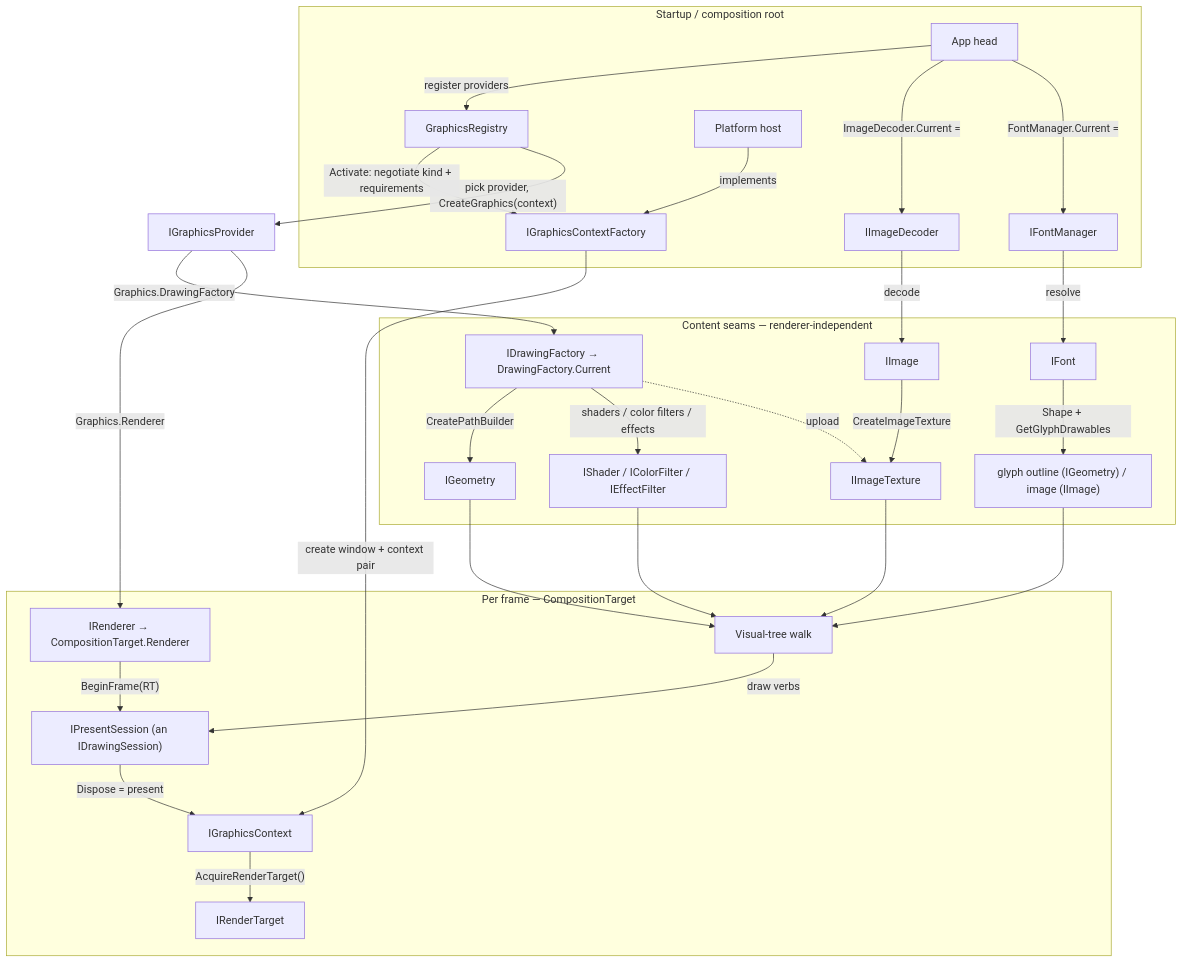
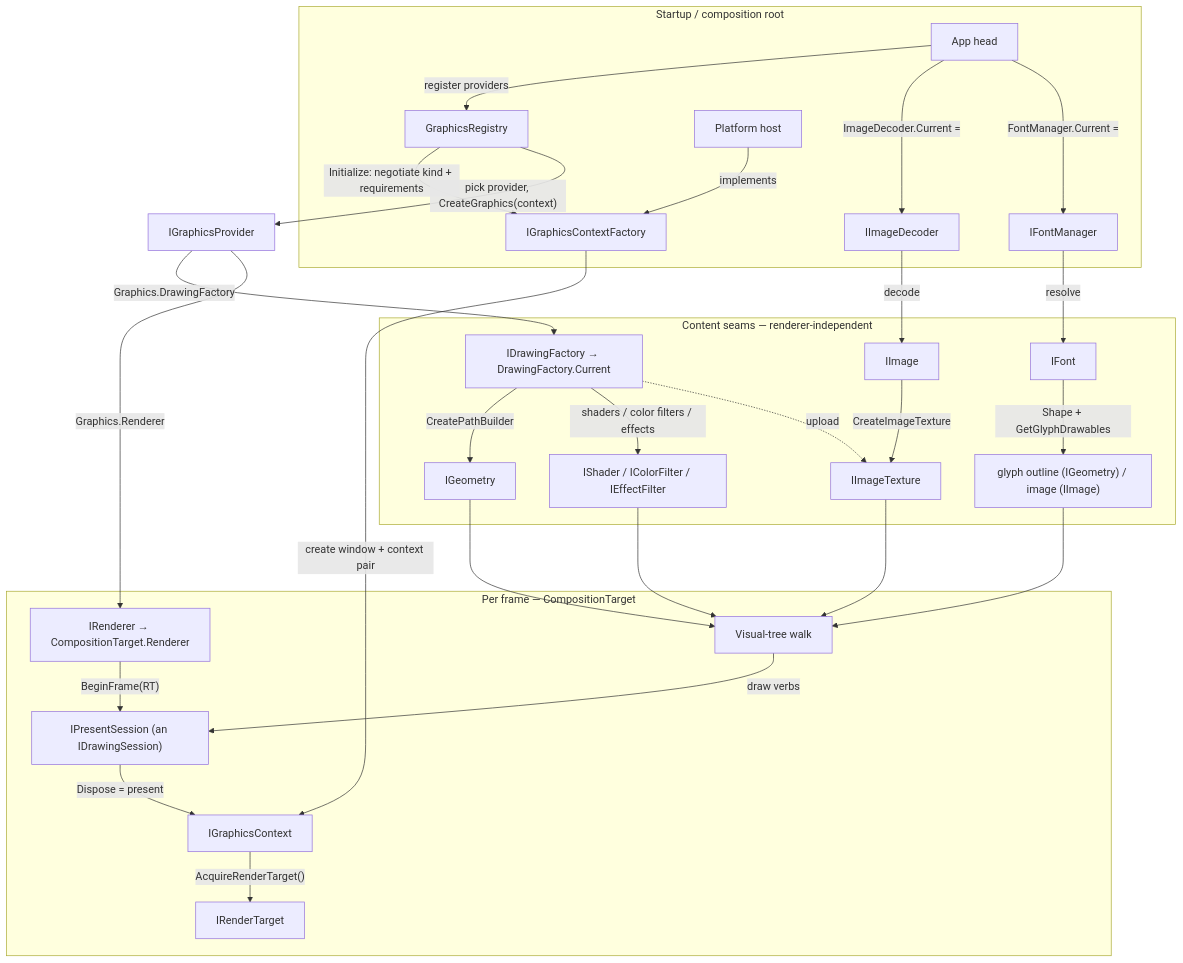
One commit to unoplatform/uno changed the diagram in doc/uno-drawing-backend-design.md. Above: the diagram before and after it, drawn with Mermaid. The commit also changed other lines of this file, not shown here.

First line of the commit message:
docs(drawing-backend): rename Activate→Initialize, GraphicsActivation→GraphicsInitialization

````diff
--- a/doc/uno-drawing-backend-design.md
+++ b/doc/uno-drawing-backend-design.md
@@ -79,37 +79,37 @@
 ```mermaid
 flowchart TB
   subgraph Startup["Startup / composition root"]
     App["App head"] -->|"register providers"| Reg["GraphicsRegistry"]
     App -->|"ImageDecoder.Current ="| Dec["IImageDecoder"]
     App -->|"FontManager.Current ="| FM["IFontManager"]
     Host["Platform host"] -->|"implements"| CF["IGraphicsContextFactory"]
   end
 
-  Reg -->|"Activate: negotiate kind + requirements"| CF
+  Reg -->|"Initialize: negotiate kind + requirements"| CF
   CF -->|"create window + context pair"| Ctx["IGraphicsContext"]
   Reg -->|"pick provider, CreateGraphics(context)"| Prov["IGraphicsProvider"]
   Prov -->|"Graphics.DrawingFactory"| Fac["IDrawingFactory → DrawingFactory.Current"]
   Prov -->|"Graphics.Renderer"| Ren["IRenderer → CompositionTarget.Renderer"]
 
   subgraph Frame["Per frame — CompositionTarget"]
     Ctx -->|"AcquireRenderTarget()"| RT["IRenderTarget"]
     Ren -->|"BeginFrame(RT)"| PS["IPresentSession (an IDrawingSession)"]
     Tree["Visual-tree walk"] -->|"draw verbs"| PS
     PS -->|"Dispose = present"| Ctx
   end
 
   subgraph Content["Content seams — renderer-independent"]
     Dec -->|"decode"| IMG["IImage"]
     IMG -->|"CreateImageTexture"| TEX["IImageTexture"]
     FM -->|"resolve"| Font["IFont"]
     Font -->|"Shape + GetGlyphDrawables"| GLY["glyph outline (IGeometry) / image (IImage)"]
     Fac -->|"CreatePathBuilder"| GEO["IGeometry"]
     Fac -->|"shaders / color filters / effects"| PNT["IShader / IColorFilter / IEffectFilter"]
   end
 
   Fac -.->|"upload"| TEX
   GEO --> Tree
   TEX --> Tree
   GLY --> Tree
   PNT --> Tree
 ```
````
